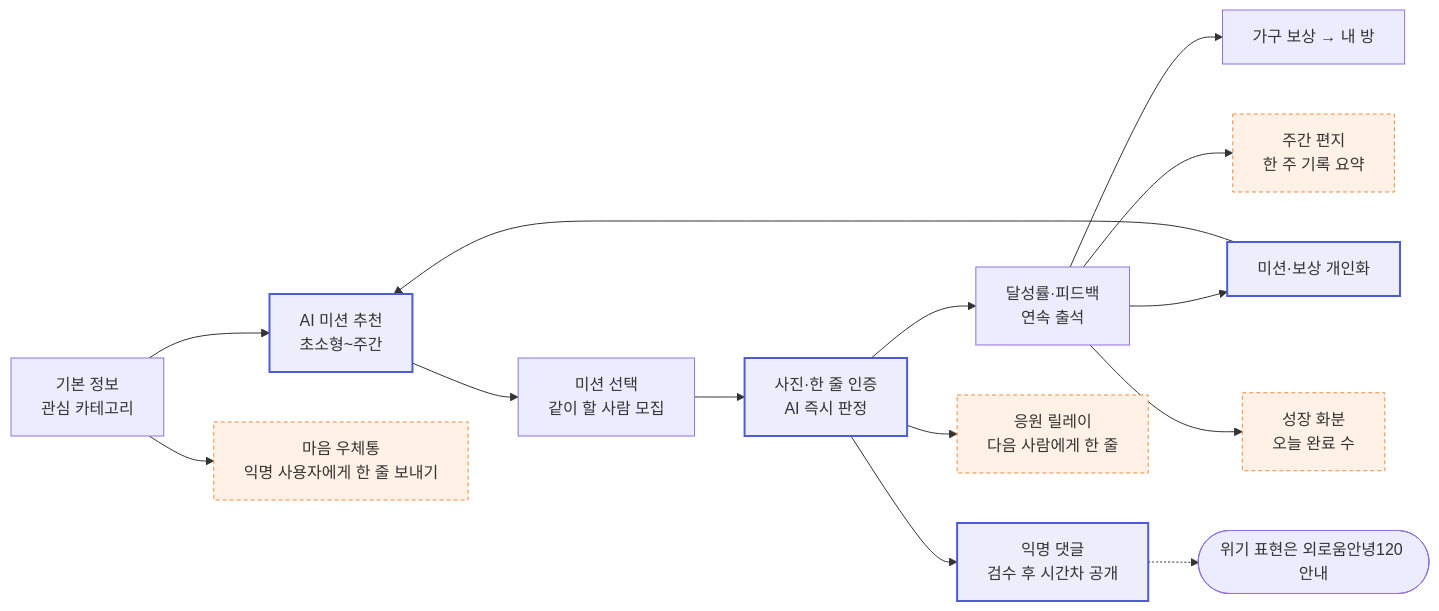
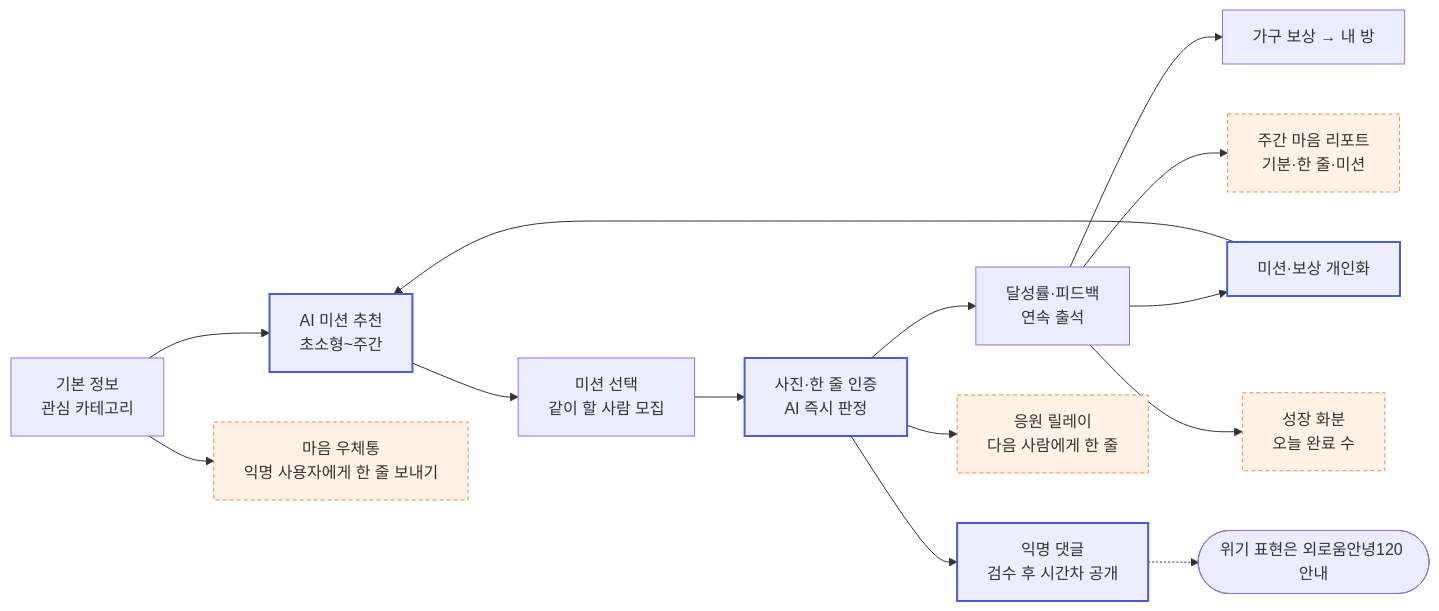
The diagram in PRD.md (koolunkle/maru), drawn with Mermaid before and after one commit. The commit also changed other lines of this file and 11 other files, not shown here.

````diff
--- a/PRD.md
+++ b/PRD.md
@@ -112,19 +112,19 @@
 ```mermaid
 flowchart LR
     A[기본 정보<br/>관심 카테고리] --> B[AI 미션 추천<br/>초소형~주간]:::ai
     B --> C[미션 선택<br/>같이 할 사람 모집]
     C --> D[사진·한 줄 인증<br/>AI 즉시 판정]:::ai
     D --> E[달성률·피드백<br/>연속 출석]
     D --> F[익명 댓글<br/>검수 후 시간차 공개]:::ai
     E --> G[가구 보상 → 내 방]
     E --> H[미션·보상 개인화]:::ai
     H --> B
     F -.-> I([위기 표현은 외로움안녕120 안내])
     D --> R[응원 릴레이<br/>다음 사람에게 한 줄]:::new
     A --> M[마음 우체통<br/>익명 사용자에게 한 줄 보내기]:::new
-    E --> W[주간 편지<br/>한 주 기록 요약]:::new
+    E --> W[주간 마음 리포트<br/>기분·한 줄·미션]:::new
     E --> P[성장 화분<br/>오늘 완료 수]:::new
 
     classDef ai fill:#eceefb,stroke:#4f5bd5,stroke-width:2px;
     classDef new fill:#fff1e5,stroke:#f08a3e,stroke-dasharray:4 3;
 ```
````
